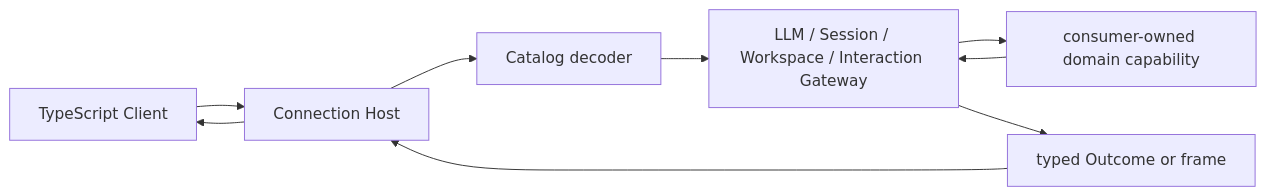
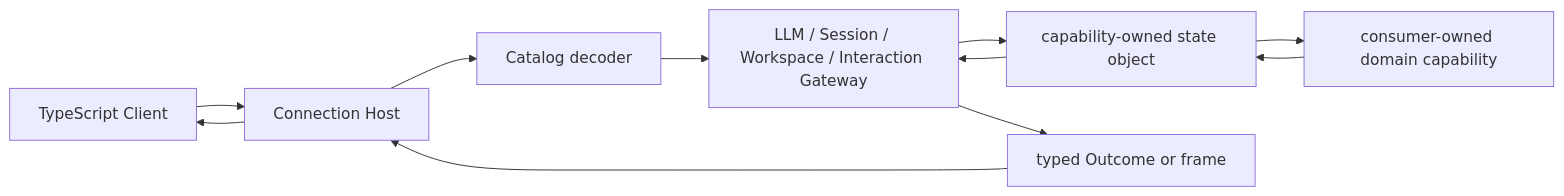
One commit to gorenx/goren changed the diagram in apiproxy/README.zh-CN.md. Above: the diagram before and after it, drawn with Mermaid. The commit also changed other lines of this file and 10 other files, not shown here.

````diff
--- a/apiproxy/README.zh-CN.md
+++ b/apiproxy/README.zh-CN.md
@@ -18,11 +19,13 @@
 ```mermaid
 flowchart LR
     A[TypeScript Client] --> B[Connection Host]
     B --> C[Catalog decoder]
     C --> D[LLM / Session / Workspace / Interaction Gateway]
-    D --> E[consumer-owned domain capability]
+    D --> E[capability-owned state object]
+    E --> G[consumer-owned domain capability]
+    G --> E
     E --> D
     D --> F[typed Outcome or frame]
     F --> B
     B --> A
 ```
````
